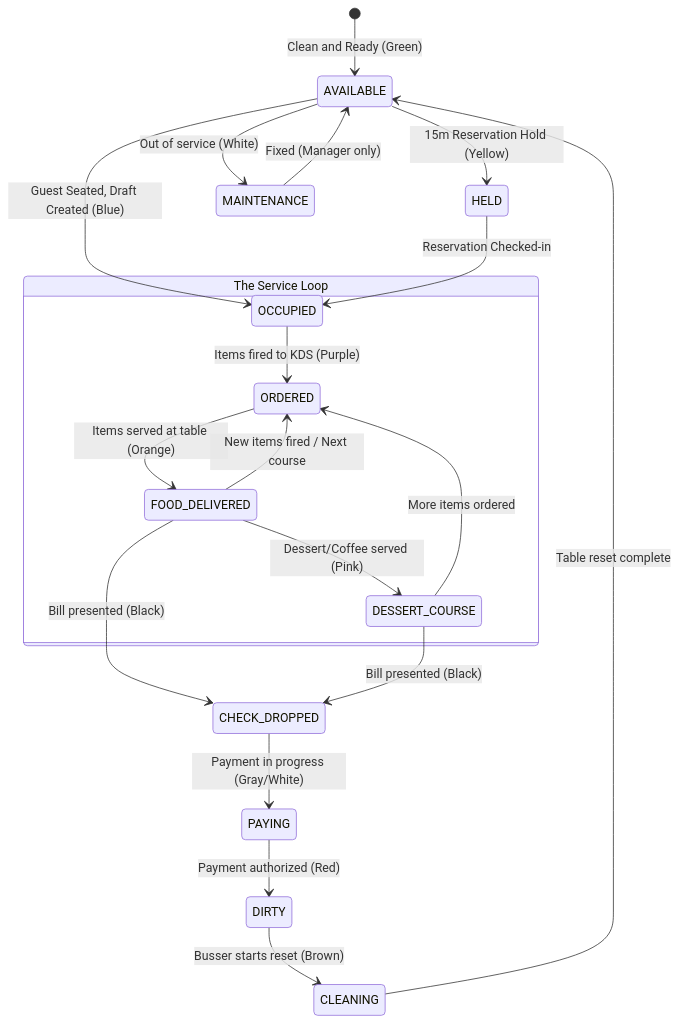
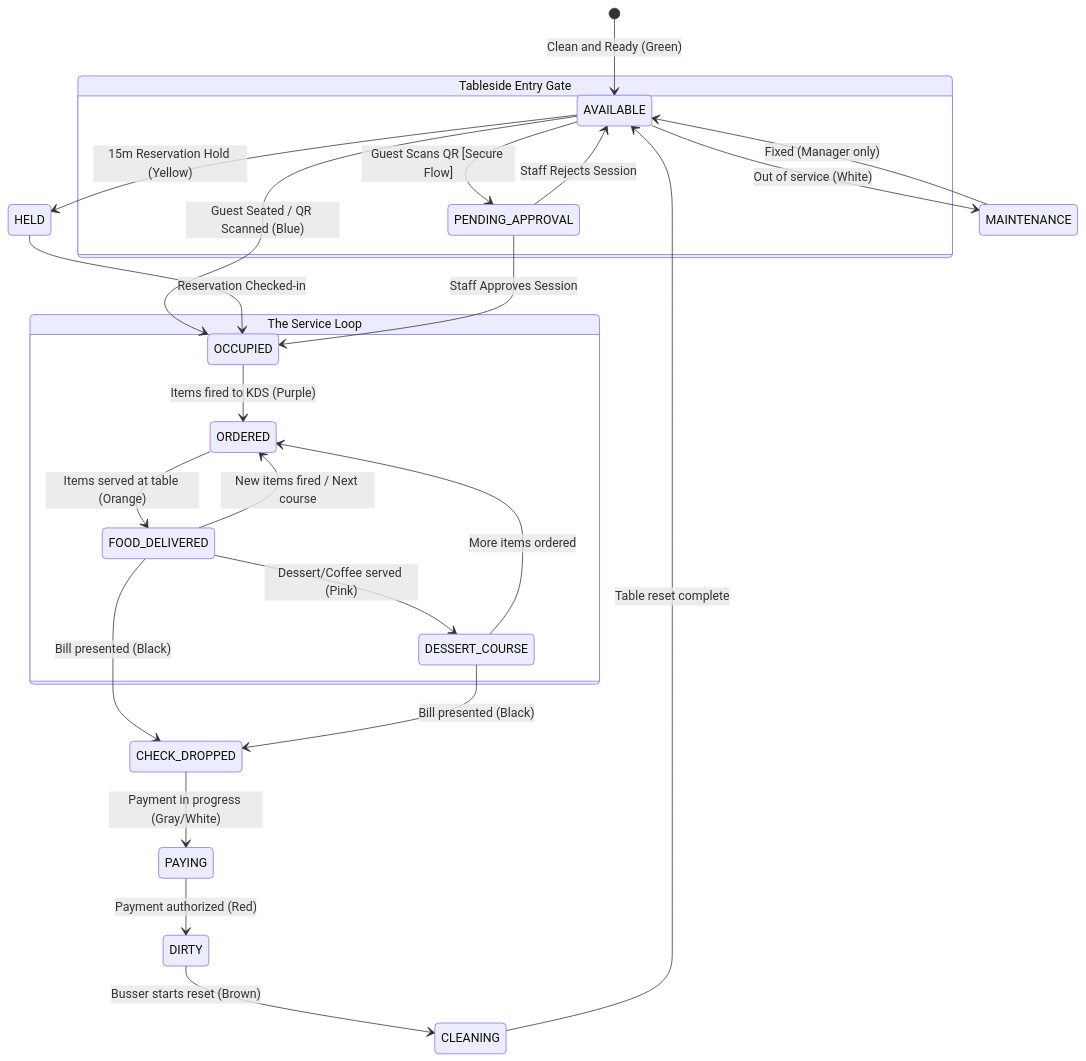
Before and after one commit to arunsoman/shopro: the diagram in docs/flows/TABLE_LIFECYCLE_FLOW.md, drawn with Mermaid. The commit also changed other lines of this file and 13 other files, not shown here.

First line of the commit message:
feat(tableside): enhance guest app with dish details, feedback & activity notifications

````diff
--- a/docs/flows/TABLE_LIFECYCLE_FLOW.md
+++ b/docs/flows/TABLE_LIFECYCLE_FLOW.md
@@ -8,26 +8,32 @@
 ```mermaid
 stateDiagram-v2
     [*] --> AVAILABLE : Clean and Ready (Green)
     AVAILABLE --> HELD : 15m Reservation Hold (Yellow)
-    AVAILABLE --> OCCUPIED : Guest Seated, Draft Created (Blue)
+    AVAILABLE --> OCCUPIED : Guest Seated / QR Scanned (Blue)
     HELD --> OCCUPIED : Reservation Checked-in
+    
+    state "Tableside Entry Gate" as EntryGate {
+        AVAILABLE --> PENDING_APPROVAL : Guest Scans QR [Secure Flow]
+        PENDING_APPROVAL --> OCCUPIED : Staff Approves Session
+        PENDING_APPROVAL --> AVAILABLE : Staff Rejects Session
+    }
     
     state "The Service Loop" as ServiceLoop {
         OCCUPIED --> ORDERED : Items fired to KDS (Purple)
         ORDERED --> FOOD_DELIVERED : Items served at table (Orange)
         FOOD_DELIVERED --> ORDERED : New items fired / Next course
         FOOD_DELIVERED --> DESSERT_COURSE : Dessert/Coffee served (Pink)
         DESSERT_COURSE --> ORDERED : More items ordered
     }
 
     FOOD_DELIVERED --> CHECK_DROPPED : Bill presented (Black)
     DESSERT_COURSE --> CHECK_DROPPED : Bill presented (Black)
     
     CHECK_DROPPED --> PAYING : Payment in progress (Gray/White)
     PAYING --> DIRTY : Payment authorized (Red)
     DIRTY --> CLEANING : Busser starts reset (Brown)
     CLEANING --> AVAILABLE : Table reset complete
     
     AVAILABLE --> MAINTENANCE : Out of service (White)
     MAINTENANCE --> AVAILABLE : Fixed (Manager only)
 ```
````
